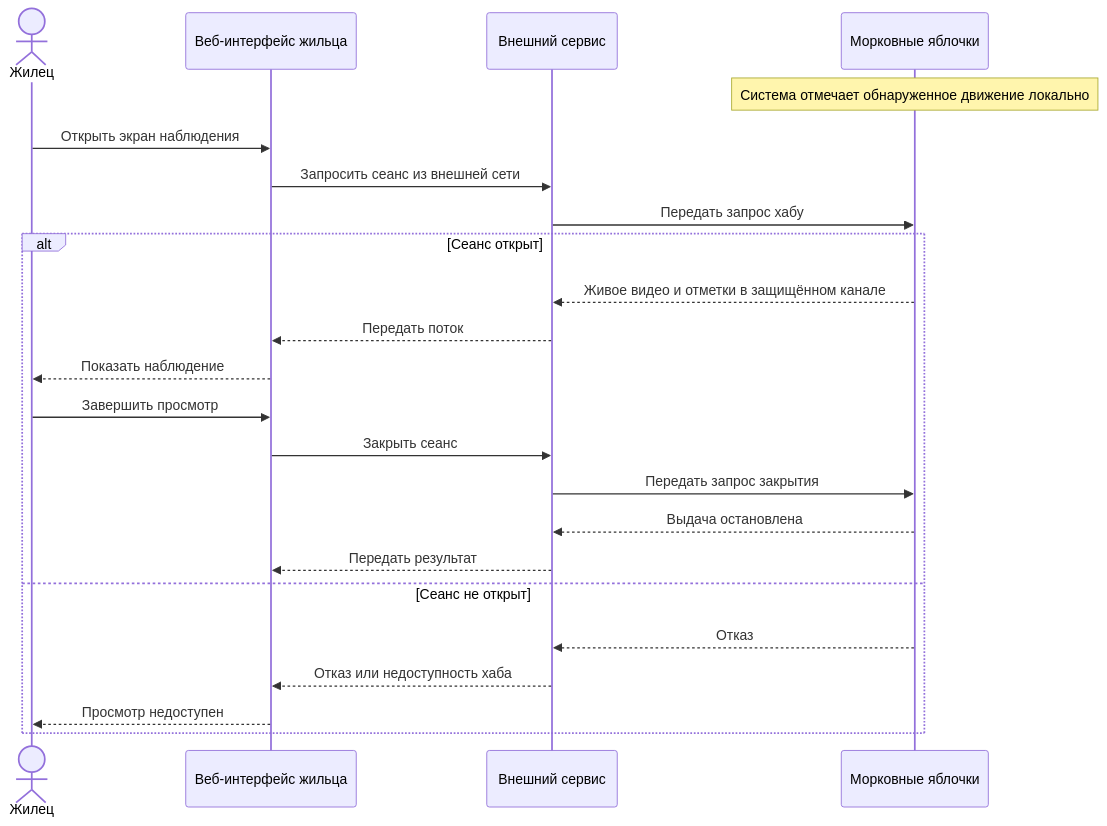
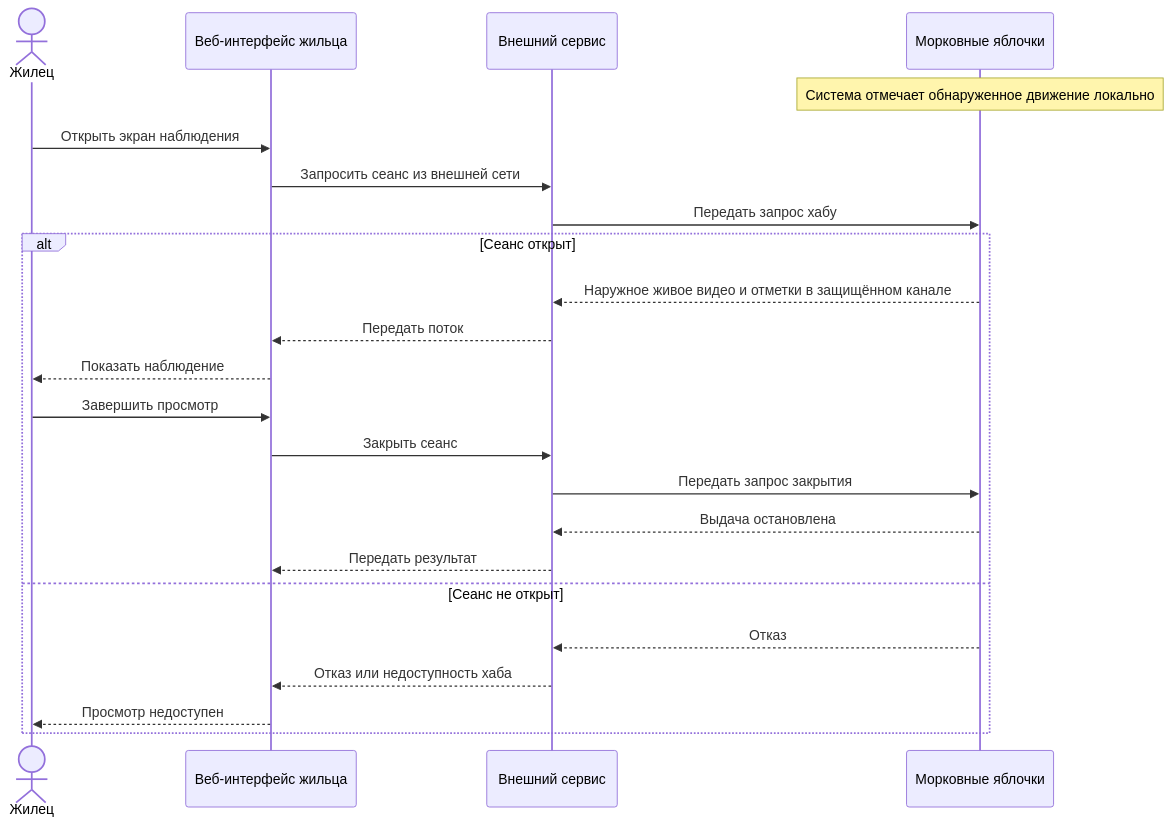
Before and after one commit to BPLA-Team/carrot-apples: the diagram in customer_side/base_scenarios/S02_MONITORING.md, drawn with Mermaid. The commit also changed other lines of this file and 5 other files, not shown here.

````diff
--- a/customer_side/base_scenarios/S02_MONITORING.md
+++ b/customer_side/base_scenarios/S02_MONITORING.md
@@ -3,25 +3,25 @@
 ```mermaid
 sequenceDiagram
     actor R as Жилец
     participant W as Веб-интерфейс жильца
     participant S as Внешний сервис
     participant H as Морковные яблочки
     Note over H: Система отмечает обнаруженное движение локально
     R->>W: Открыть экран наблюдения
     W->>S: Запросить сеанс из внешней сети
     S->>H: Передать запрос хабу
     alt Сеанс открыт
-        H-->>S: Живое видео и отметки в защищённом канале
+        H-->>S: Наружное живое видео и отметки в защищённом канале
         S-->>W: Передать поток
         W-->>R: Показать наблюдение
         R->>W: Завершить просмотр
         W->>S: Закрыть сеанс
         S->>H: Передать запрос закрытия
         H-->>S: Выдача остановлена
         S-->>W: Передать результат
     else Сеанс не открыт
         H-->>S: Отказ
         S-->>W: Отказ или недоступность хаба
         W-->>R: Просмотр недоступен
     end
 ```
````
